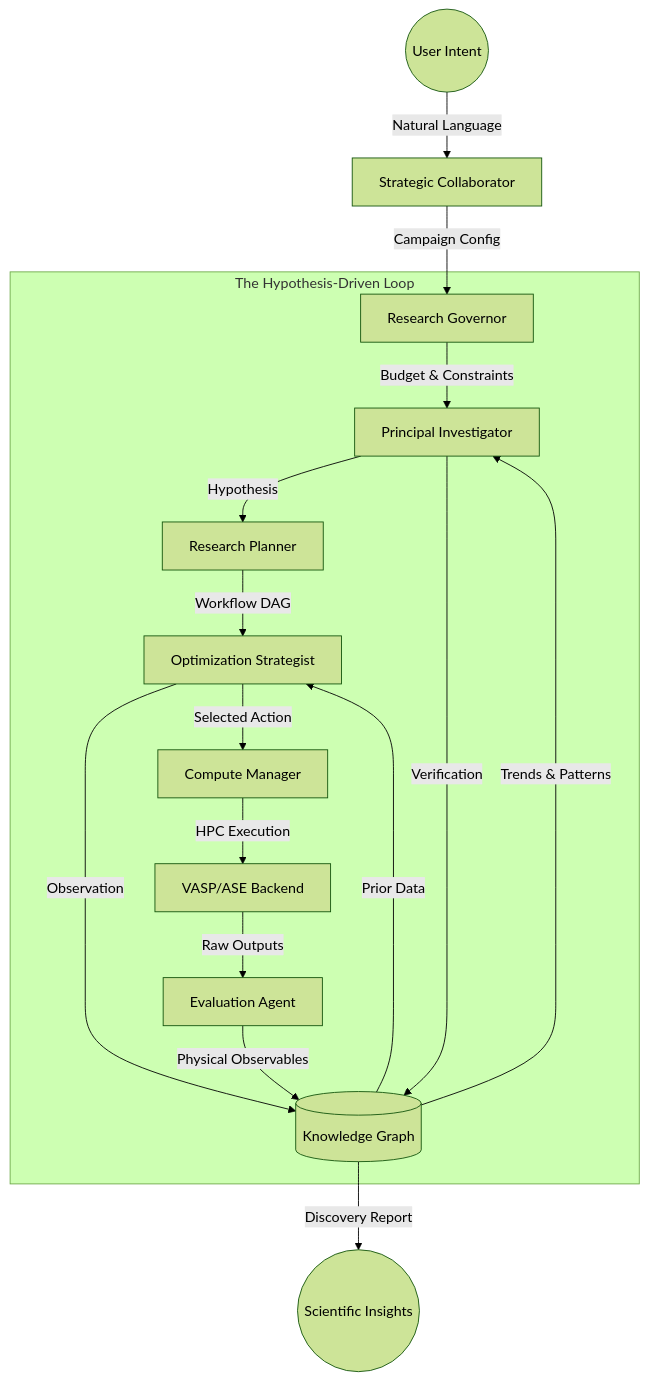
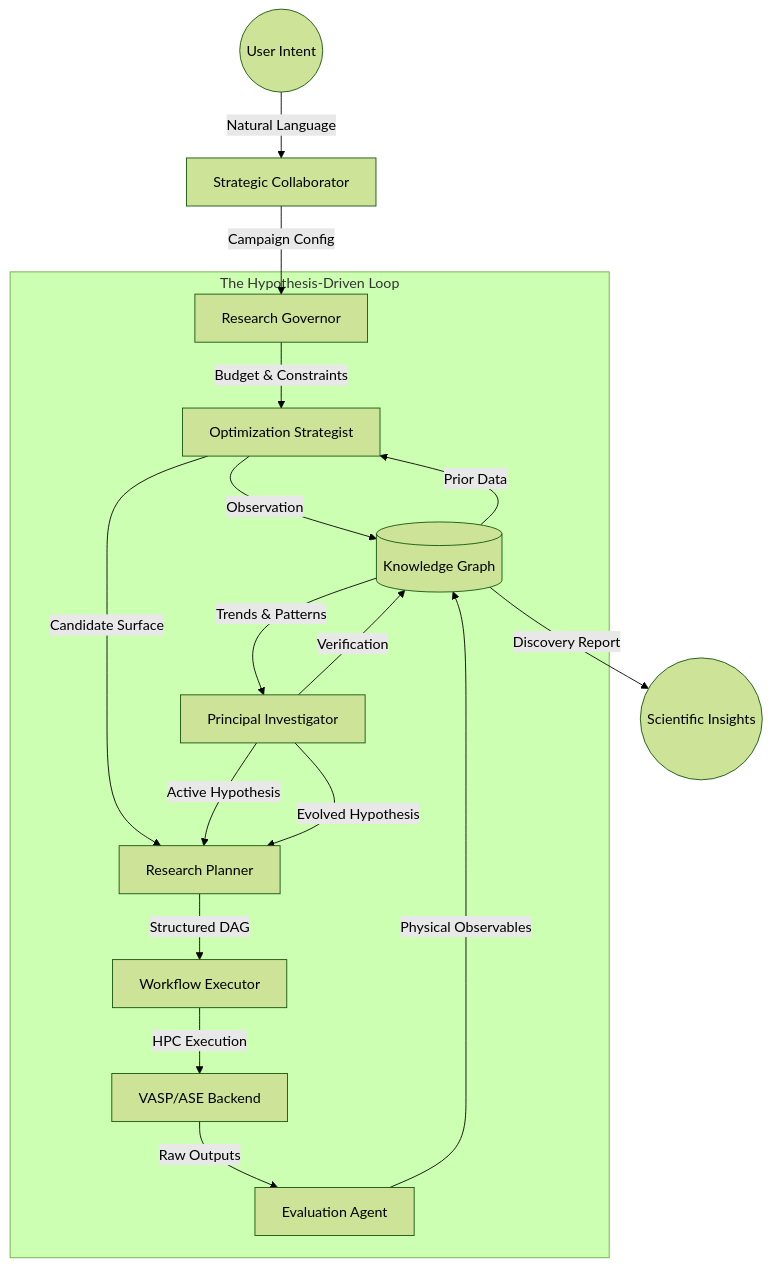
Before and after one commit to bl981219/CLASDE: the diagram in README.md, drawn with Mermaid (forest theme). The commit also changed other lines of this file, not shown here.

Commit message:
Update README to accurately reflect implemented DAG orchestration and agent loop sequence

````diff
--- a/README.md
+++ b/README.md
@@ -37,21 +76,22 @@
 ```mermaid
 graph TD
     User((User Intent)) -->|Natural Language| Agent1[Strategic Collaborator]
     Agent1 -->|Campaign Config| Agent2[Research Governor]
     
     subgraph Autonomous_Loop [The Hypothesis-Driven Loop]
-        Agent2 -->|Budget & Constraints| Agent3[Principal Investigator]
-        Agent3 -->|Hypothesis| Agent4[Research Planner]
-        Agent4 -->|Workflow DAG| Agent5[Optimization Strategist]
-        Agent5 -->|Observation| Memory[(Knowledge Graph)]
-        Memory -->|Prior Data| Agent5
-        Agent5 -->|Selected Action| Agent6[Compute Manager]
+        Agent2 -->|Budget & Constraints| Agent3[Optimization Strategist]
+        Agent3 -->|Observation| Memory[(Knowledge Graph)]
+        Memory -->|Prior Data| Agent3
+        Agent3 -->|Candidate Surface| Agent4[Research Planner]
+        Agent5[Principal Investigator] -->|Active Hypothesis| Agent4
+        Agent4 -->|Structured DAG| Agent6[Workflow Executor]
         Agent6 -->|HPC Execution| VASP[VASP/ASE Backend]
         VASP -->|Raw Outputs| Agent7[Evaluation Agent]
         Agent7 -->|Physical Observables| Memory
-        Memory -->|Trends & Patterns| Agent3
-        Agent3 -->|Verification| Memory
+        Memory -->|Trends & Patterns| Agent5
+        Agent5 -->|Verification| Memory
+        Agent5 -->|Evolved Hypothesis| Agent4
     end
     
     Memory -->|Discovery Report| Output((Scientific Insights))
 ```
````
